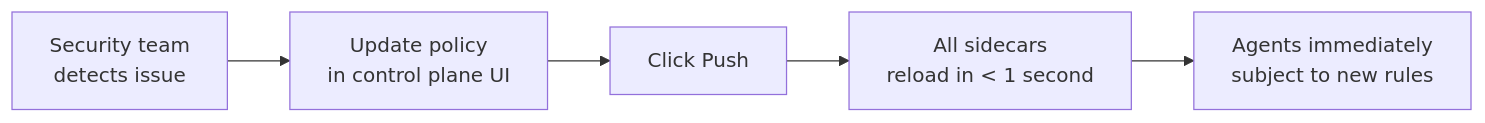
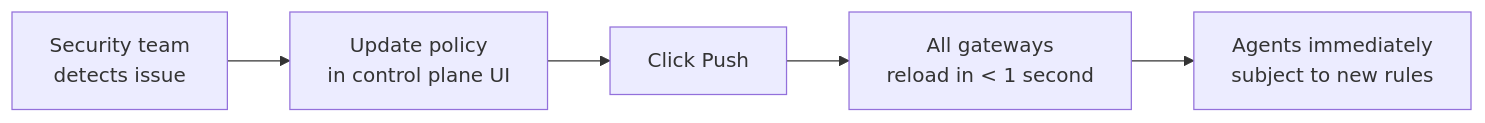
The fifth of 13 diagrams in control-plane/docs/getting-started.md (hk-775/ostiari), drawn with Mermaid before and after one commit. The commit also changed other lines of this file and 21 other files, not shown here.

````diff
--- a/control-plane/docs/getting-started.md
+++ b/control-plane/docs/getting-started.md
@@ -691,7 +807,7 @@
 ```mermaid
 flowchart LR
     A[Security team<br/>detects issue] --> B[Update policy<br/>in control plane UI]
     B --> C[Click Push]
-    C --> D[All sidecars<br/>reload in < 1 second]
+    C --> D[All gateways<br/>reload in < 1 second]
     D --> E[Agents immediately<br/>subject to new rules]
 ```
````
